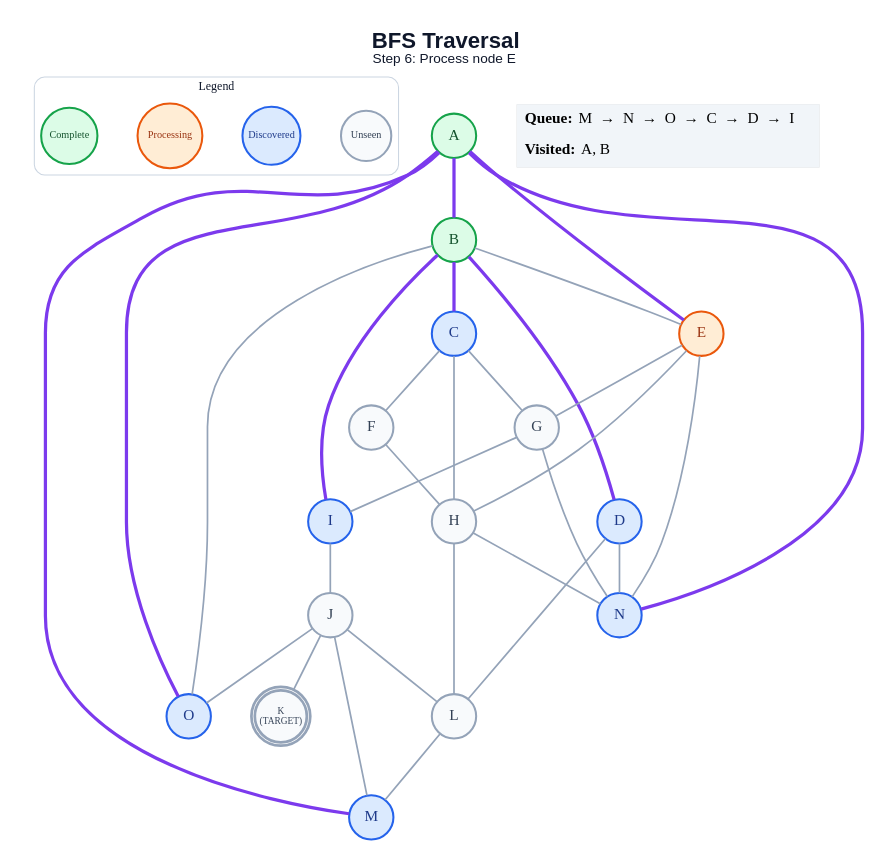
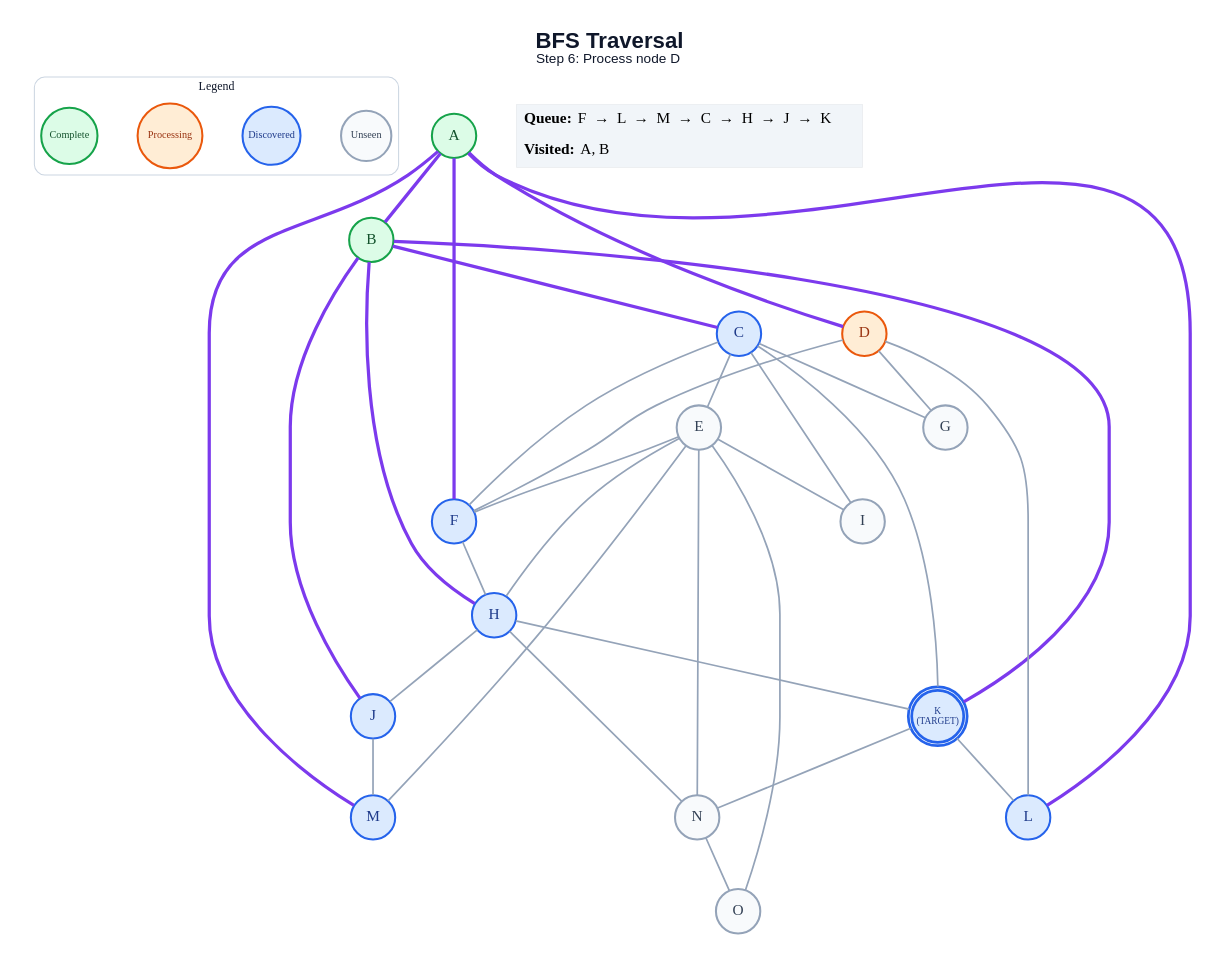
Before and after one commit to anon7238593-create/ai-slop: the diagram in generated/bfs/step_06.dot, drawn with Graphviz. The commit also changed 329 other files, not shown here.

```diff
--- a/generated/bfs/step_06.dot
+++ b/generated/bfs/step_06.dot
@@ -1,63 +1,65 @@
 graph traversal {
   graph [layout=dot, rankdir=TB, bgcolor="#FFFFFF", pad="0.35", nodesep="0.65", ranksep="0.8", fontname="Arial"];
   node [shape=circle, style="filled", fontname="Arial Bold", fontsize=18, width=0.72, fixedsize=true, penwidth=2.4];
   edge [color="#94A3B8", penwidth=2.0];
-  label=<<B>BFS Traversal</B><BR/><FONT POINT-SIZE="16">Step 6: Process node E</FONT>>; labelloc="t"; fontsize=26; fontname="Arial"; fontcolor="#0F172A";
+  label=<<B>BFS Traversal</B><BR/><FONT POINT-SIZE="16">Step 6: Process node D</FONT>>; labelloc="t"; fontsize=26; fontname="Arial"; fontcolor="#0F172A";
   subgraph cluster_legend { label="Legend"; color="#CBD5E1"; penwidth=1.2; style="rounded"; fontsize=14; fontname="Arial Bold";
     key_unseen [label="Unseen", fillcolor="#F8FAFC", color="#94A3B8", fontcolor="#334155", fontsize=12, width=0.82];
     key_frontier [label="Discovered", fillcolor="#DBEAFE", color="#2563EB", fontcolor="#1E3A8A", fontsize=12, width=0.95];
     key_current [label="Processing", fillcolor="#FFEDD5", color="#EA580C", fontcolor="#9A3412", fontsize=12, width=1.05];
     key_done [label="Complete", fillcolor="#DCFCE7", color="#16A34A", fontcolor="#14532D", fontsize=12, width=0.92];
     { rank=same; key_unseen; key_frontier; key_current; key_done; }
   }
   A [label="A", fillcolor="#DCFCE7", color="#16A34A", fontcolor="#14532D", peripheries=1, penwidth=2.4];
   B [label="B", fillcolor="#DCFCE7", color="#16A34A", fontcolor="#14532D", peripheries=1, penwidth=2.4];
   C [label="C", fillcolor="#DBEAFE", color="#2563EB", fontcolor="#1E3A8A", peripheries=1, penwidth=2.4];
-  D [label="D", fillcolor="#DBEAFE", color="#2563EB", fontcolor="#1E3A8A", peripheries=1, penwidth=2.4];
-  E [label="E", fillcolor="#FFEDD5", color="#EA580C", fontcolor="#9A3412", peripheries=1, penwidth=2.4];
-  F [label="F", fillcolor="#F8FAFC", color="#94A3B8", fontcolor="#334155", peripheries=1, penwidth=2.4];
+  D [label="D", fillcolor="#FFEDD5", color="#EA580C", fontcolor="#9A3412", peripheries=1, penwidth=2.4];
+  E [label="E", fillcolor="#F8FAFC", color="#94A3B8", fontcolor="#334155", peripheries=1, penwidth=2.4];
+  F [label="F", fillcolor="#DBEAFE", color="#2563EB", fontcolor="#1E3A8A", peripheries=1, penwidth=2.4];
   G [label="G", fillcolor="#F8FAFC", color="#94A3B8", fontcolor="#334155", peripheries=1, penwidth=2.4];
-  H [label="H", fillcolor="#F8FAFC", color="#94A3B8", fontcolor="#334155", peripheries=1, penwidth=2.4];
-  I [label="I", fillcolor="#DBEAFE", color="#2563EB", fontcolor="#1E3A8A", peripheries=1, penwidth=2.4];
-  J [label="J", fillcolor="#F8FAFC", color="#94A3B8", fontcolor="#334155", peripheries=1, penwidth=2.4];
-  K [label="K\n(TARGET)", fillcolor="#F8FAFC", color="#94A3B8", fontcolor="#334155", peripheries=2, penwidth=3.2, fontsize=11, width=0.85, height=0.85];
-  L [label="L", fillcolor="#F8FAFC", color="#94A3B8", fontcolor="#334155", peripheries=1, penwidth=2.4];
+  H [label="H", fillcolor="#DBEAFE", color="#2563EB", fontcolor="#1E3A8A", peripheries=1, penwidth=2.4];
+  I [label="I", fillcolor="#F8FAFC", color="#94A3B8", fontcolor="#334155", peripheries=1, penwidth=2.4];
+  J [label="J", fillcolor="#DBEAFE", color="#2563EB", fontcolor="#1E3A8A", peripheries=1, penwidth=2.4];
+  K [label="K\n(TARGET)", fillcolor="#DBEAFE", color="#2563EB", fontcolor="#1E3A8A", peripheries=2, penwidth=3.2, fontsize=11, width=0.85, height=0.85];
+  L [label="L", fillcolor="#DBEAFE", color="#2563EB", fontcolor="#1E3A8A", peripheries=1, penwidth=2.4];
   M [label="M", fillcolor="#DBEAFE", color="#2563EB", fontcolor="#1E3A8A", peripheries=1, penwidth=2.4];
-  N [label="N", fillcolor="#DBEAFE", color="#2563EB", fontcolor="#1E3A8A", peripheries=1, penwidth=2.4];
-  O [label="O", fillcolor="#DBEAFE", color="#2563EB", fontcolor="#1E3A8A", peripheries=1, penwidth=2.4];
+  N [label="N", fillcolor="#F8FAFC", color="#94A3B8", fontcolor="#334155", peripheries=1, penwidth=2.4];
+  O [label="O", fillcolor="#F8FAFC", color="#94A3B8", fontcolor="#334155", peripheries=1, penwidth=2.4];
   A -- B [color="#7C3AED", penwidth=3.8];
-  A -- E [color="#7C3AED", penwidth=3.8];
+  A -- D [color="#7C3AED", penwidth=3.8];
+  A -- F [color="#7C3AED", penwidth=3.8];
+  A -- L [color="#7C3AED", penwidth=3.8];
   A -- M [color="#7C3AED", penwidth=3.8];
-  A -- N [color="#7C3AED", penwidth=3.8];
-  A -- O [color="#7C3AED", penwidth=3.8];
   B -- C [color="#7C3AED", penwidth=3.8];
-  B -- D [color="#7C3AED", penwidth=3.8];
-  B -- E;
-  B -- I [color="#7C3AED", penwidth=3.8];
-  B -- O;
+  B -- H [color="#7C3AED", penwidth=3.8];
+  B -- J [color="#7C3AED", penwidth=3.8];
+  B -- K [color="#7C3AED", penwidth=3.8];
+  C -- E;
   C -- F;
   C -- G;
-  C -- H;
+  C -- I;
+  C -- K;
+  D -- F;
+  D -- G;
   D -- L;
-  D -- N;
-  E -- G;
+  E -- F;
   E -- H;
+  E -- I;
+  E -- M;
   E -- N;
+  E -- O;
   F -- H;
-  G -- I;
-  G -- N;
-  H -- L;
+  H -- J;
+  H -- K;
   H -- N;
-  I -- J;
-  J -- K;
-  J -- L;
   J -- M;
-  J -- O;
-  L -- M;
+  K -- L;
+  K -- N;
+  N -- O;
   status [shape=plain, fixedsize=false, width=0, height=0, margin=0, label=<
     <TABLE BORDER="0" CELLBORDER="0" CELLPADDING="7" BGCOLOR="#F1F5F9">
-      <TR><TD ALIGN="LEFT"><B>Queue:</B> M  →  N  →  O  →  C  →  D  →  I</TD></TR>
+      <TR><TD ALIGN="LEFT"><B>Queue:</B> F  →  L  →  M  →  C  →  H  →  J  →  K</TD></TR>
       <TR><TD ALIGN="LEFT"><B>Visited:</B> A, B</TD></TR>
     </TABLE>
   >];
 }
```
